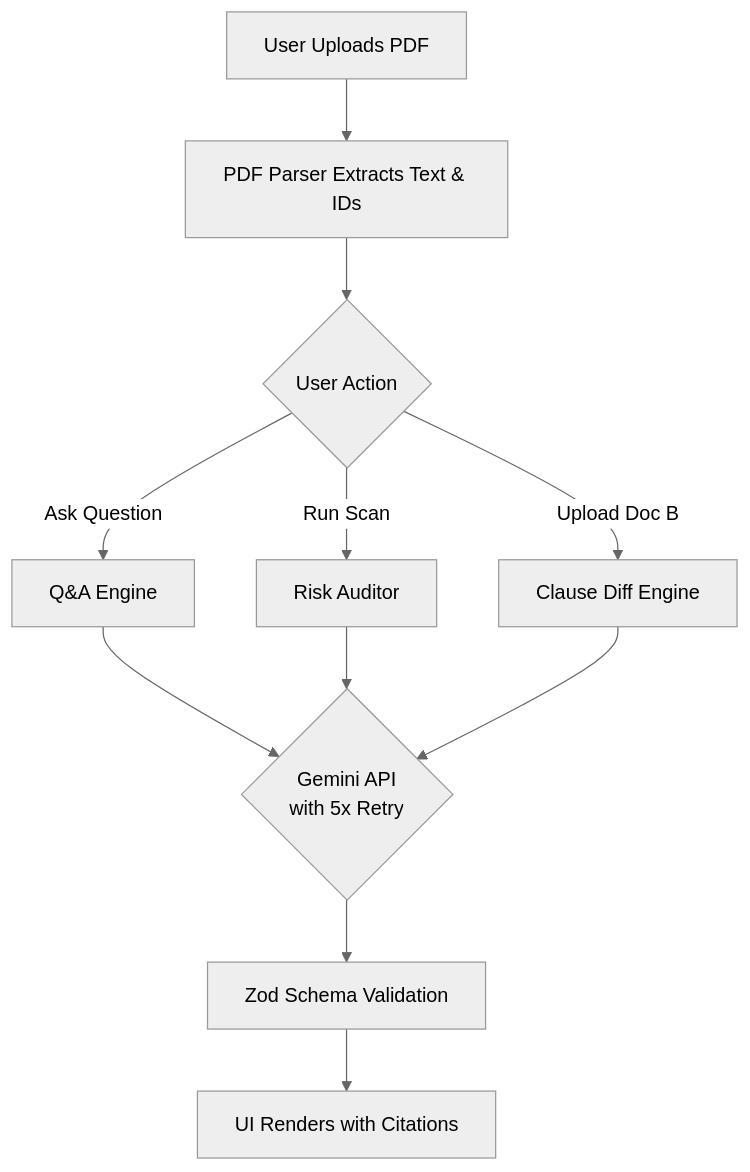
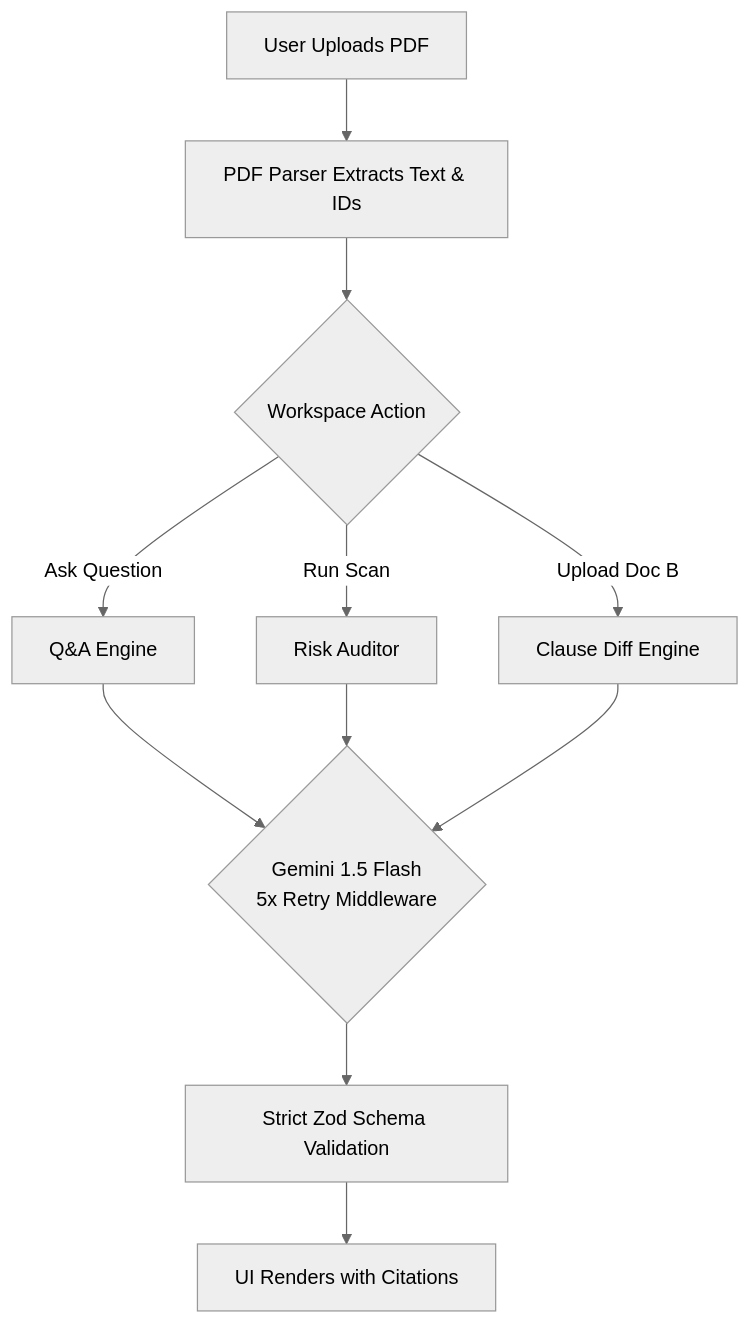
The diagram in README.md (vaibhavvvvjain03/Legal-AI), drawn with Mermaid (neutral theme) before and after one commit. The commit also changed other lines of this file, not shown here.

Commit message:
docs: Update README with SaaS features, remove Vercel, and enforce live API

````diff
--- a/README.md
+++ b/README.md
@@ -58,13 +66,13 @@
 ```mermaid
 graph TD
     A[User Uploads PDF] --> B[PDF Parser Extracts Text & IDs]
-    B --> C{User Action}
+    B --> C{Workspace Action}
     C -->|Ask Question| D[Q&A Engine]
     C -->|Run Scan| E[Risk Auditor]
     C -->|Upload Doc B| F[Clause Diff Engine]
-    D --> G{Gemini API <br> with 5x Retry}
+    D --> G{Gemini 1.5 Flash <br> 5x Retry Middleware}
     E --> G
     F --> G
-    G --> H[Zod Schema Validation]
+    G --> H[Strict Zod Schema Validation]
     H --> I[UI Renders with Citations]
 ```
````
